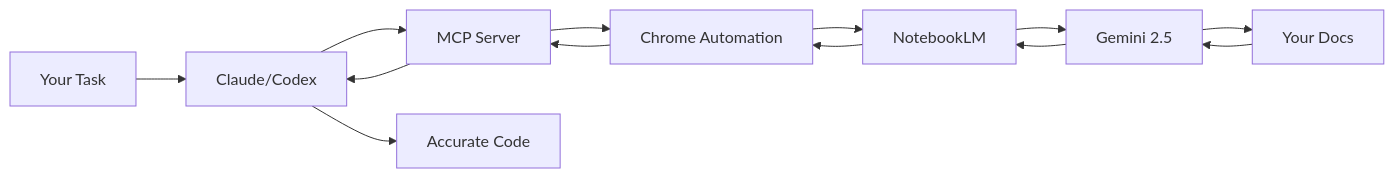
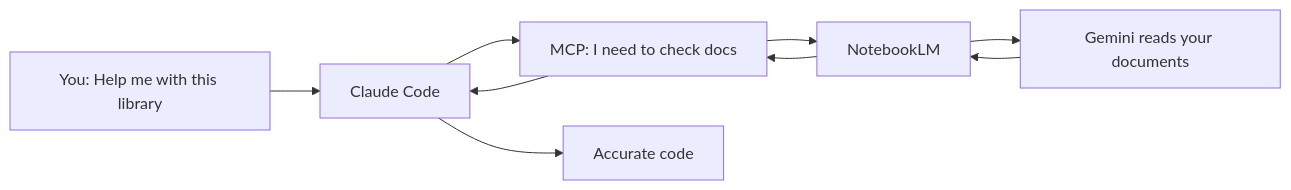
Before and after one commit to sumulige/notebooklm-mcp: the diagram in README_EN.md, drawn with Mermaid. The commit also changed other lines of this file and 1 other file, not shown here.

````diff
--- a/README_EN.md
+++ b/README_EN.md
@@ -302,15 +61,11 @@
 ```mermaid
 graph LR
-    A[Your Task] --> B[Claude/Codex]
-    B --> C[MCP Server]
-    C --> D[Chrome Automation]
-    D --> E[NotebookLM]
-    E --> F[Gemini 2.5]
-    F --> G[Your Docs]
-    G --> F
-    F --> E
+    A[You: Help me with this library] --> B[Claude Code]
+    B --> C[MCP: I need to check docs]
+    C --> D[NotebookLM]
+    D --> E[Gemini reads your documents]
     E --> D
     D --> C
     C --> B
-    B --> H[Accurate Code]
+    B --> F[Accurate code]
 ```
````
